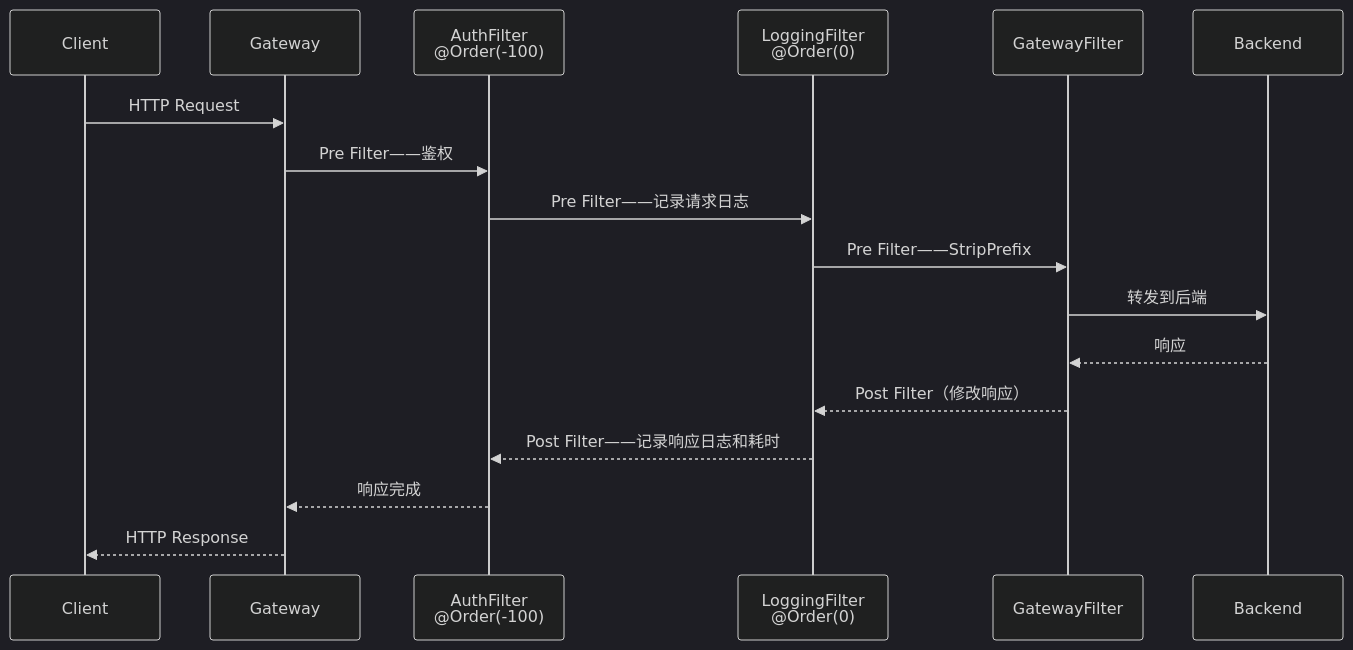
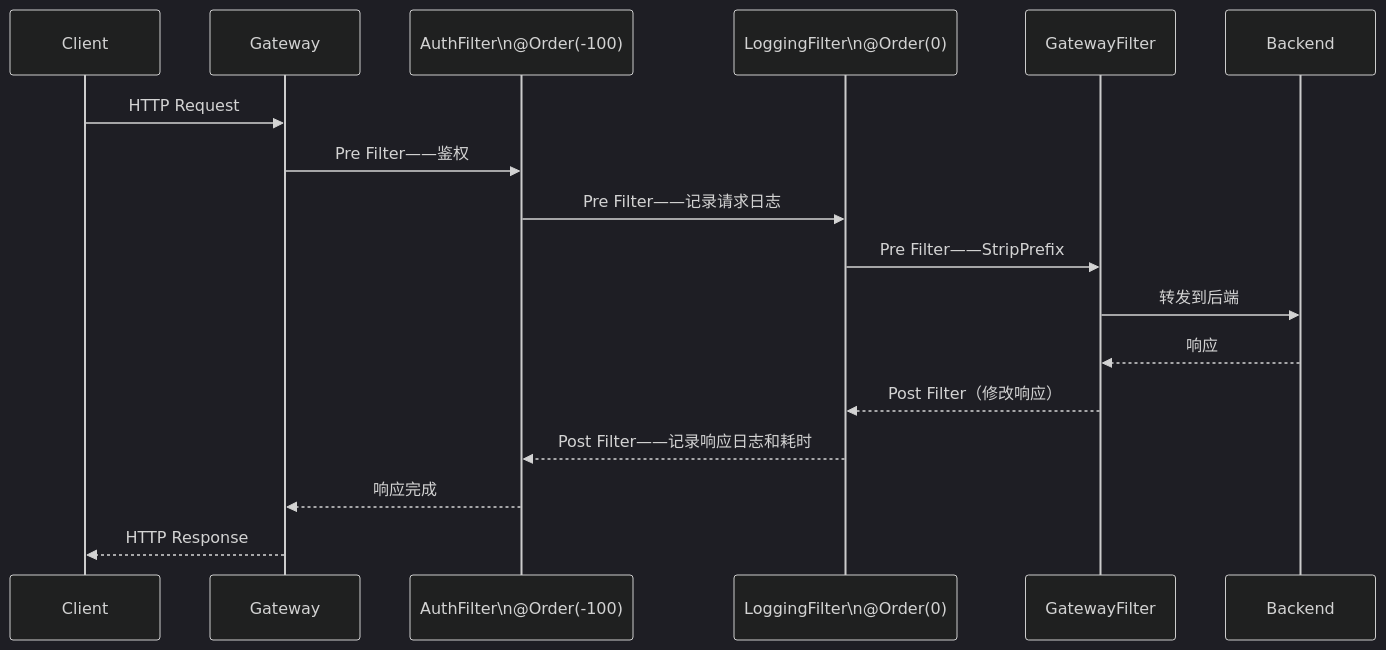
One commit to yaocat55/yaocat55.github.io changed the diagram in content/posts/gateway/GatewayFilterGuide.md. Above: the diagram before and after it, drawn with Mermaid (dark theme). The commit also changed 155 other files, not shown here.

````diff
--- a/content/posts/gateway/GatewayFilterGuide.md
+++ b/content/posts/gateway/GatewayFilterGuide.md
@@ -519,20 +519,20 @@
 ```mermaid
 sequenceDiagram
     participant Client
     participant Gateway
-    participant Filter1 as AuthFilter<br/>@Order(-100)
-    participant Filter2 as LoggingFilter<br/>@Order(0)
+    participant Filter1 as AuthFilter\n@Order(-100)
+    participant Filter2 as LoggingFilter\n@Order(0)
     participant Filter3 as GatewayFilter
     participant Backend
 
     Client->>Gateway: HTTP Request
     Gateway->>Filter1: Pre Filter——鉴权
     Filter1->>Filter2: Pre Filter——记录请求日志
     Filter2->>Filter3: Pre Filter——StripPrefix
     Filter3->>Backend: 转发到后端
     Backend-->>Filter3: 响应
     Filter3-->>Filter2: Post Filter（修改响应）
     Filter2-->>Filter1: Post Filter——记录响应日志和耗时
     Filter1-->>Gateway: 响应完成
     Gateway-->>Client: HTTP Response
 ```
````
